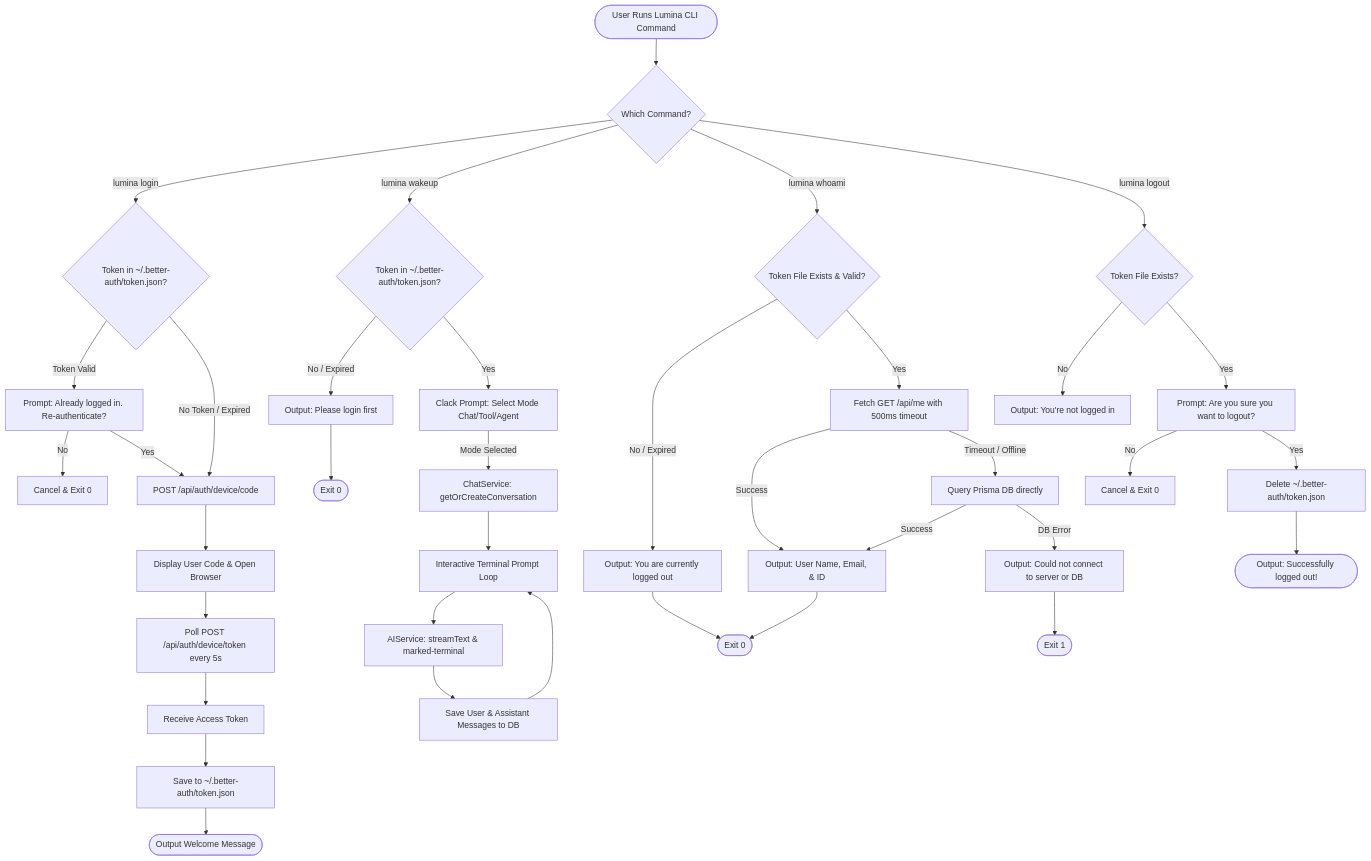
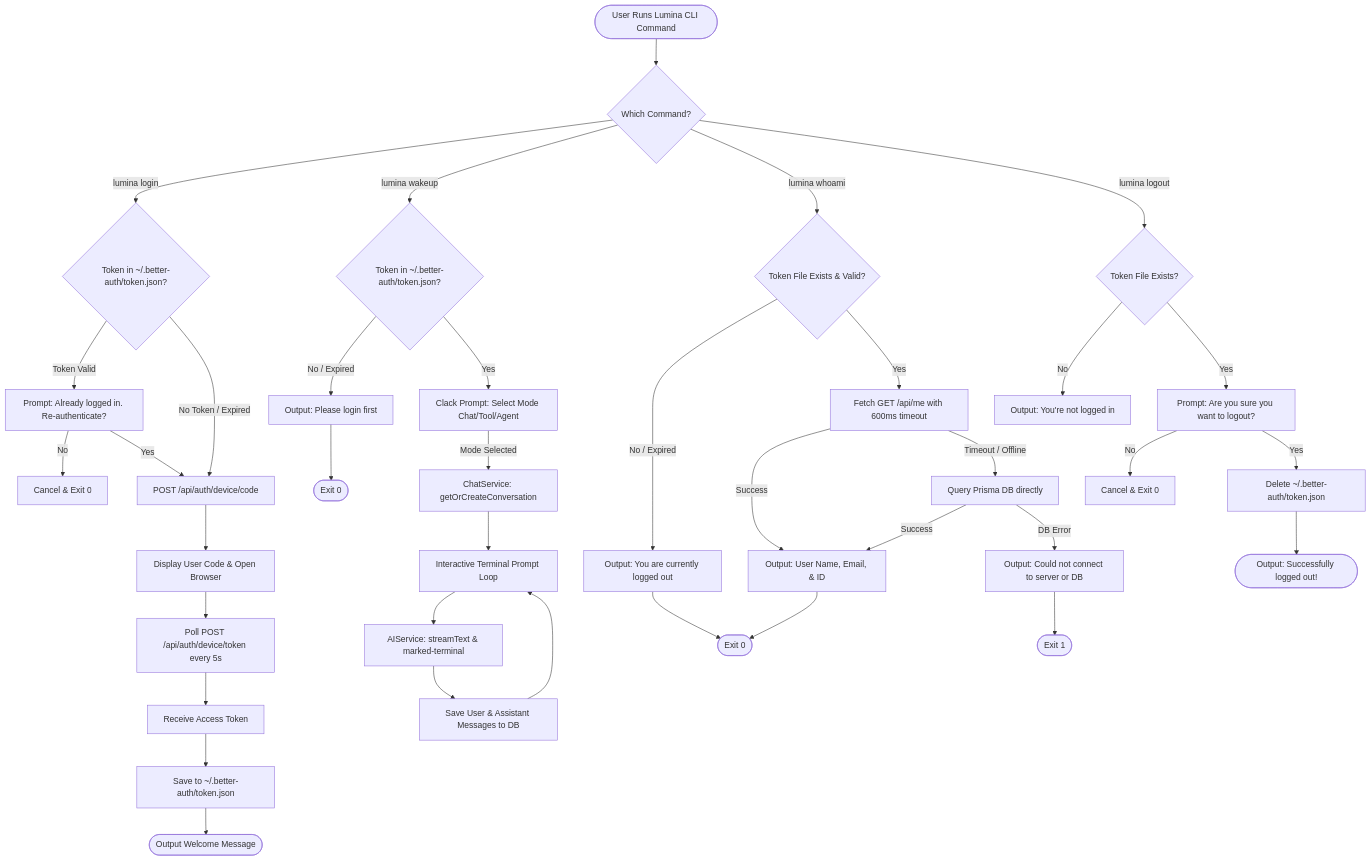
Before and after one commit to piyushkumariiitj/lumina-cli: the fourth of 5 diagrams in readme.md, drawn with Mermaid. The commit also changed other lines of this file and 21 other files, not shown here.

````diff
--- a/readme.md
+++ b/readme.md
@@ -318,43 +360,43 @@
 ```mermaid
 flowchart TD
     Start([User Runs Lumina CLI Command]) --> CommandChoice{Which Command?}
 
     CommandChoice -->|lumina login| CheckExisting{Token in ~/.better-auth/token.json?}
     CheckExisting -->|Token Valid| AskReauth[Prompt: Already logged in. Re-authenticate?]
     AskReauth -->|No| CancelLogin[Cancel & Exit 0]
     AskReauth -->|Yes| ReqDeviceCode[POST /api/auth/device/code]
     CheckExisting -->|No Token / Expired| ReqDeviceCode
     ReqDeviceCode --> PrintCode[Display User Code & Open Browser]
     PrintCode --> StartPolling[Poll POST /api/auth/device/token every 5s]
     StartPolling --> ReceiveToken[Receive Access Token]
     ReceiveToken --> SaveToken[Save to ~/.better-auth/token.json]
     SaveToken --> LoginDone([Output Welcome Message])
 
     CommandChoice -->|lumina wakeup| CheckWakeToken{Token in ~/.better-auth/token.json?}
     CheckWakeToken -->|No / Expired| ShowWakeLoggedOut[Output: Please login first]
     ShowWakeLoggedOut --> WakeDone([Exit 0])
     CheckWakeToken -->|Yes| ModePrompt[Clack Prompt: Select Mode Chat/Tool/Agent]
     ModePrompt -->|Mode Selected| InitConv[ChatService: getOrCreateConversation]
     InitConv --> StartLoop[Interactive Terminal Prompt Loop]
     StartLoop --> RenderStream[AIService: streamText & marked-terminal]
     RenderStream --> SaveHistory[Save User & Assistant Messages to DB]
     SaveHistory --> StartLoop
 
     CommandChoice -->|lumina whoami| CheckTokenFile{Token File Exists & Valid?}
     CheckTokenFile -->|No / Expired| OutputLoggedOut[Output: You are currently logged out]
     OutputLoggedOut --> WhoamiDone([Exit 0])
-    CheckTokenFile -->|Yes| TryAPI[Fetch GET /api/me with 500ms timeout]
+    CheckTokenFile -->|Yes| TryAPI[Fetch GET /api/me with 600ms timeout]
     TryAPI -->|Success| ShowUser[Output: User Name, Email, & ID]
     TryAPI -->|Timeout / Offline| TryPrisma[Query Prisma DB directly]
     TryPrisma -->|Success| ShowUser
     TryPrisma -->|DB Error| ShowDBError[Output: Could not connect to server or DB]
     ShowDBError --> WhoamiError([Exit 1])
     ShowUser --> WhoamiDone
 
     CommandChoice -->|lumina logout| CheckLogoutToken{Token File Exists?}
     CheckLogoutToken -->|No| NotLoggedIn[Output: You're not logged in]
     CheckLogoutToken -->|Yes| ConfirmLogout[Prompt: Are you sure you want to logout?]
     ConfirmLogout -->|No| CancelLogout[Cancel & Exit 0]
     ConfirmLogout -->|Yes| DeleteToken[Delete ~/.better-auth/token.json]
     DeleteToken --> LogoutDone([Output: Successfully logged out!])
 ```
````
